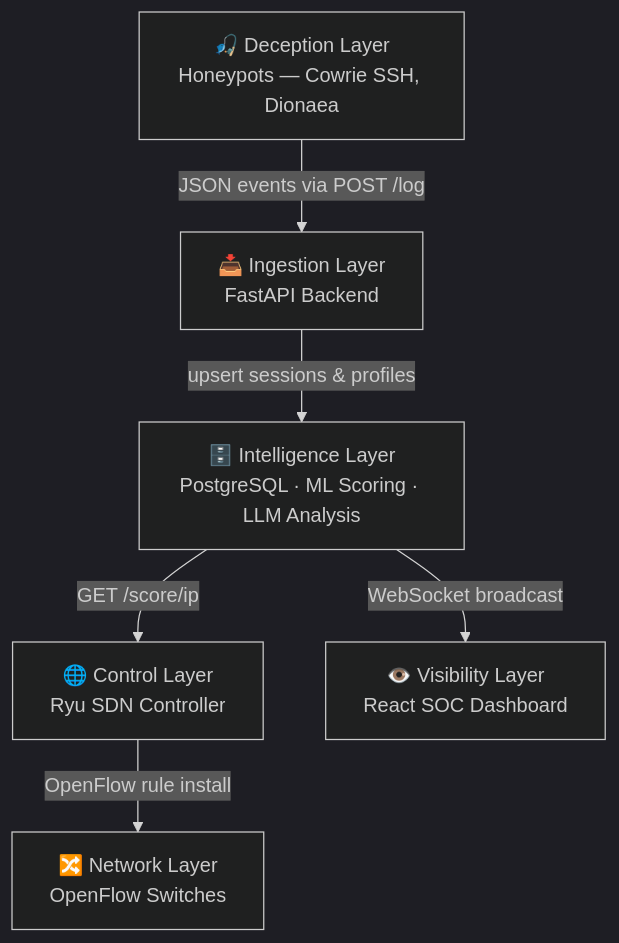
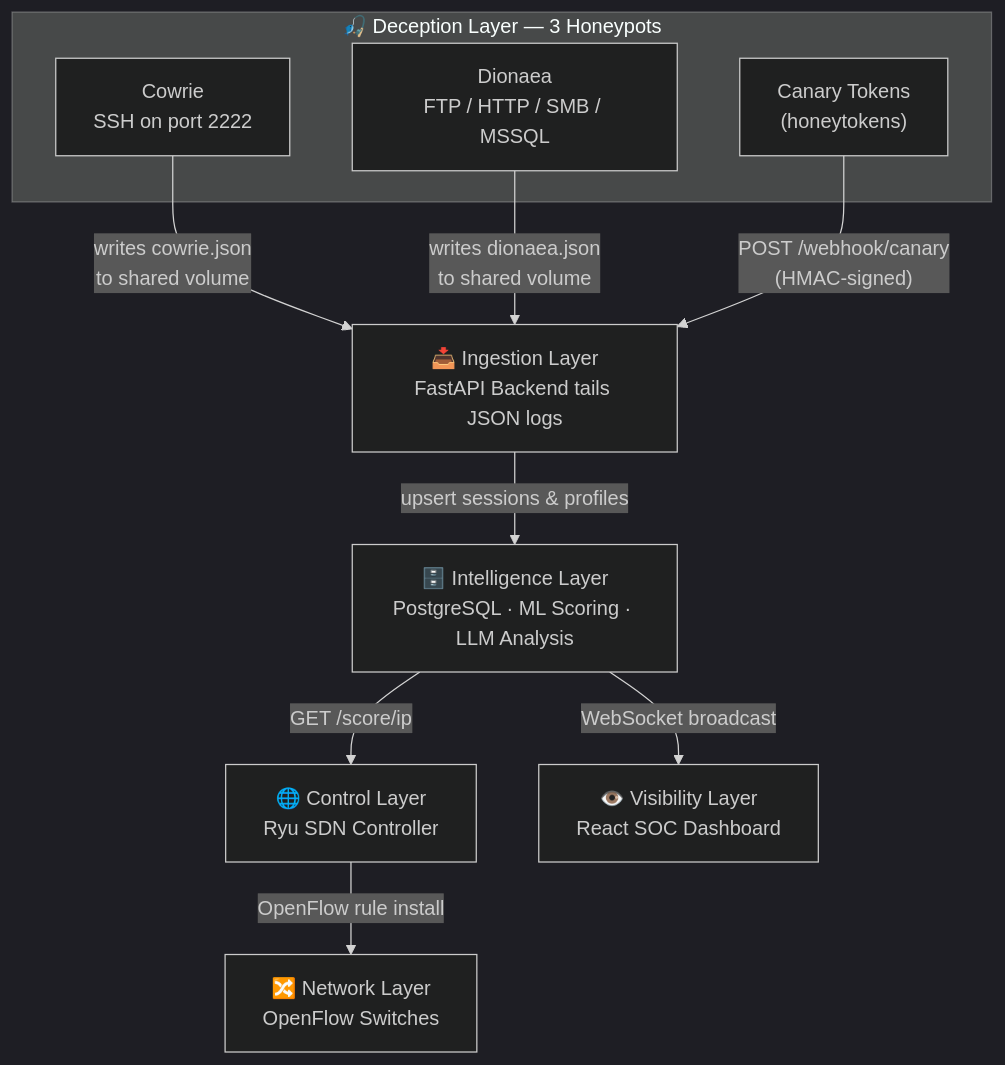
The diagram in docs-site/docs/intro.md (Janaashraf992/EvilTwin), drawn with Mermaid (dark theme) before and after one commit. The commit also changed other lines of this file and 48 other files, not shown here.

````diff
--- a/docs-site/docs/intro.md
+++ b/docs-site/docs/intro.md
@@ -21,11 +21,20 @@
 ```mermaid
 flowchart TD
-    A["🎣 Deception Layer\nHoneypots — Cowrie SSH, Dionaea"] -->|"JSON events via POST /log"| B
-    B["📥 Ingestion Layer\nFastAPI Backend"] -->|"upsert sessions & profiles"| C
-    C["🗄️ Intelligence Layer\nPostgreSQL · ML Scoring · LLM Analysis"]
+    subgraph Deception["🎣 Deception Layer — 3 Honeypots"]
+        COW["Cowrie<br/>SSH on port 2222"]
+        DIO["Dionaea<br/>FTP / HTTP / SMB / MSSQL"]
+        CAN["Canary Tokens<br/>(honeytokens)"]
+    end
+
+    COW -->|"writes cowrie.json\nto shared volume"| B
+    DIO -->|"writes dionaea.json\nto shared volume"| B
+    CAN -->|"POST /webhook/canary\n(HMAC-signed)"| B
+
+    B["📥 Ingestion Layer<br/>FastAPI Backend tails JSON logs"] -->|"upsert sessions & profiles"| C
+    C["🗄️ Intelligence Layer<br/>PostgreSQL · ML Scoring · LLM Analysis"]
     C -->|"GET /score/ip"| D
-    D["🌐 Control Layer\nRyu SDN Controller"] -->|"OpenFlow rule install"| E
-    E["🔀 Network Layer\nOpenFlow Switches"]
+    D["🌐 Control Layer<br/>Ryu SDN Controller"] -->|"OpenFlow rule install"| E
+    E["🔀 Network Layer<br/>OpenFlow Switches"]
     C -->|"WebSocket broadcast"| F
-    F["👁️ Visibility Layer\nReact SOC Dashboard"]
+    F["👁️ Visibility Layer<br/>React SOC Dashboard"]
 ```
````
